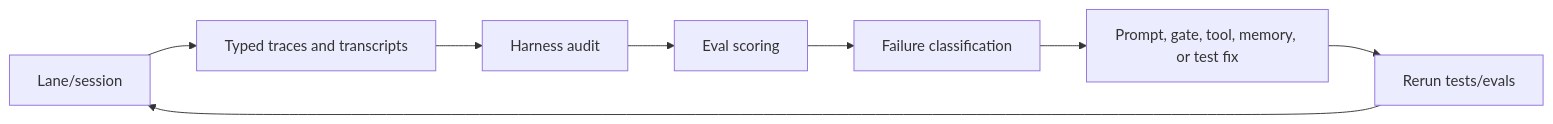
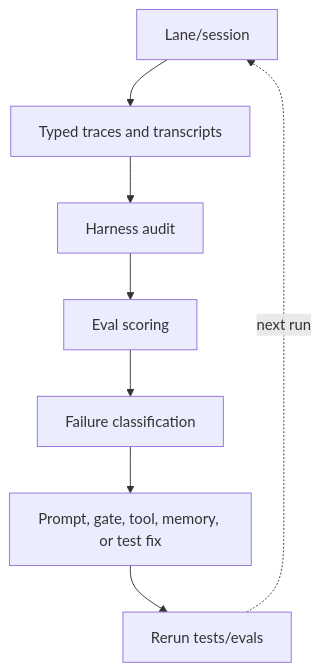
Before and after one commit to BLuchterhand/Idiom: the first of 2 diagrams in docs/obsidian/10 - Telemetry Audit Eval and Learning.md, drawn with Mermaid. The commit also changed other lines of this file and 16 other files, not shown here.

Commit message:
docs: mark roadmap items in obsidian notes

````diff
--- a/docs/obsidian/10 - Telemetry Audit Eval and Learning.md
+++ b/docs/obsidian/10 - Telemetry Audit Eval and Learning.md
@@ -18,13 +18,13 @@
 ```mermaid
-flowchart LR
+flowchart TD
     Lane["Lane/session"]
     Trace["Typed traces and transcripts"]
     Audit["Harness audit"]
     Eval["Eval scoring"]
     Diagnosis["Failure classification"]
     Fix["Prompt, gate, tool, memory, or test fix"]
     Verify["Rerun tests/evals"]
 
     Lane --> Trace --> Audit --> Eval --> Diagnosis --> Fix --> Verify
-    Verify --> Lane
+    Verify -. next run .-> Lane
 ```
````
